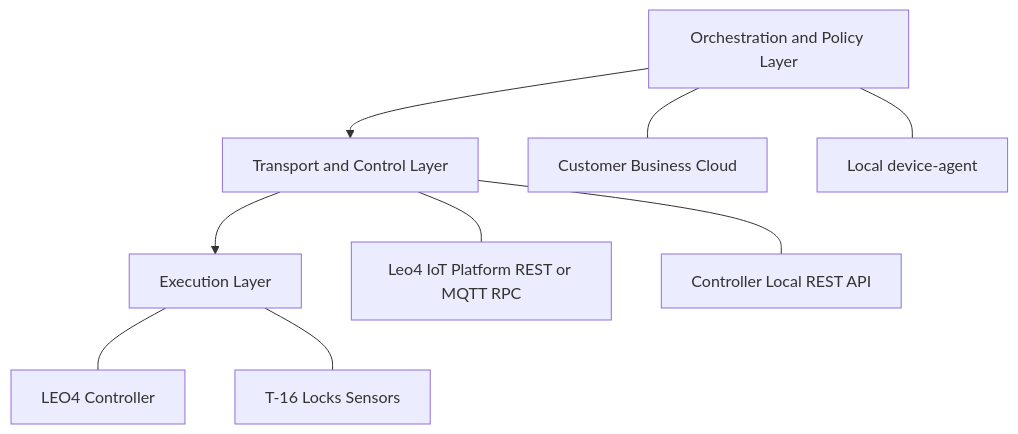
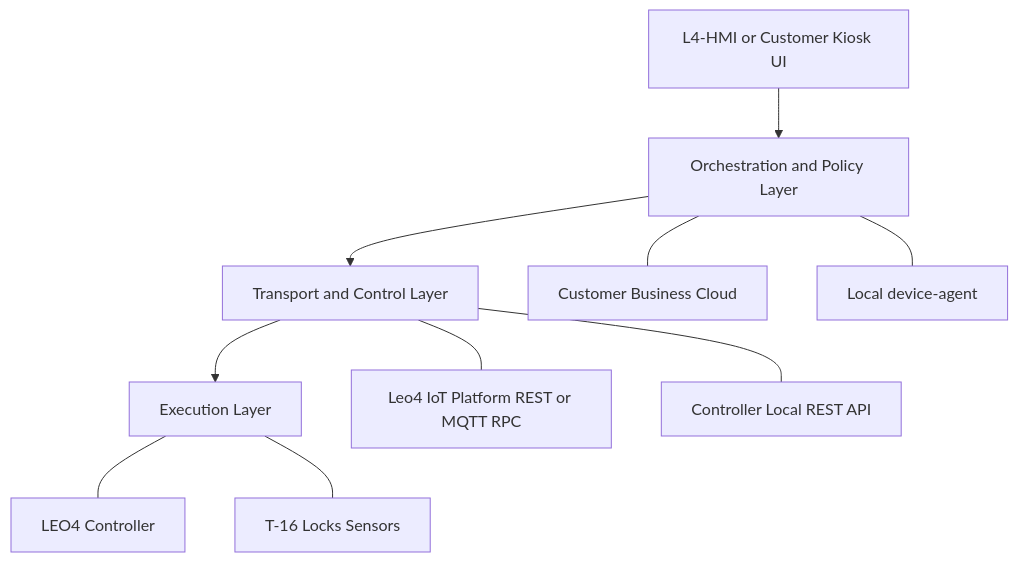
Before and after one commit to OlegLebedevRU/iot-rpc-rest-app: the first of 5 diagrams in docs/presale/leo4-vendor-execution-layer-response.md, drawn with Mermaid. The commit also changed other lines of this file, not shown here.

Commit message:
docs: add L4-HMI self-service UI positioning

````diff
--- a/docs/presale/leo4-vendor-execution-layer-response.md
+++ b/docs/presale/leo4-vendor-execution-layer-response.md
@@ -54,19 +57,20 @@
 ```mermaid
 flowchart TD
-    A[Orchestration and Policy Layer] --> B[Transport and Control Layer]
+    UI[L4-HMI or Customer Kiosk UI] --> A[Orchestration and Policy Layer]
+    A --> B[Transport and Control Layer]
     B --> C[Execution Layer]
 
     A1[Customer Business Cloud]
     A2[Local device-agent]
     B1[Leo4 IoT Platform REST or MQTT RPC]
     B2[Controller Local REST API]
     C1[LEO4 Controller]
     C2[T-16 Locks Sensors]
 
     A --- A1
     A --- A2
     B --- B1
     B --- B2
     C --- C1
     C --- C2
 ```
````
